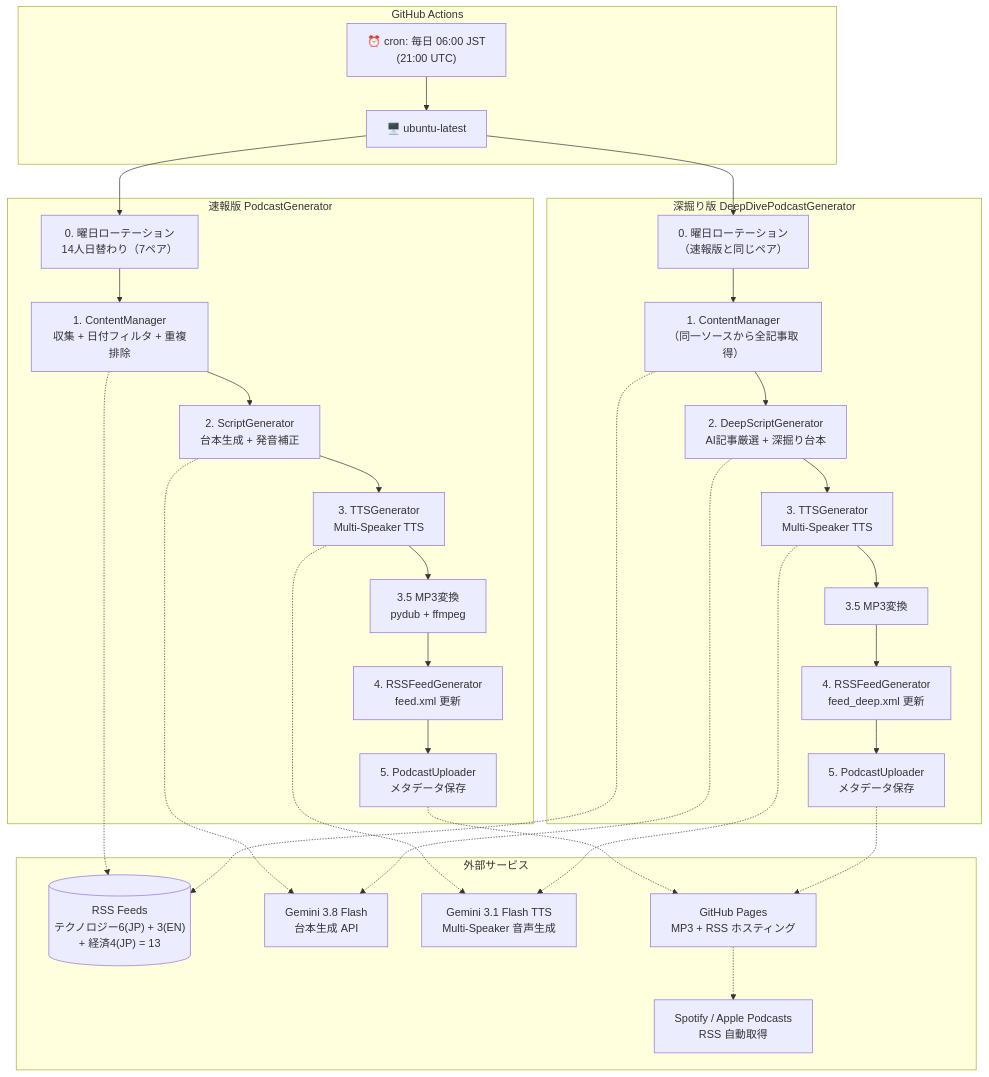
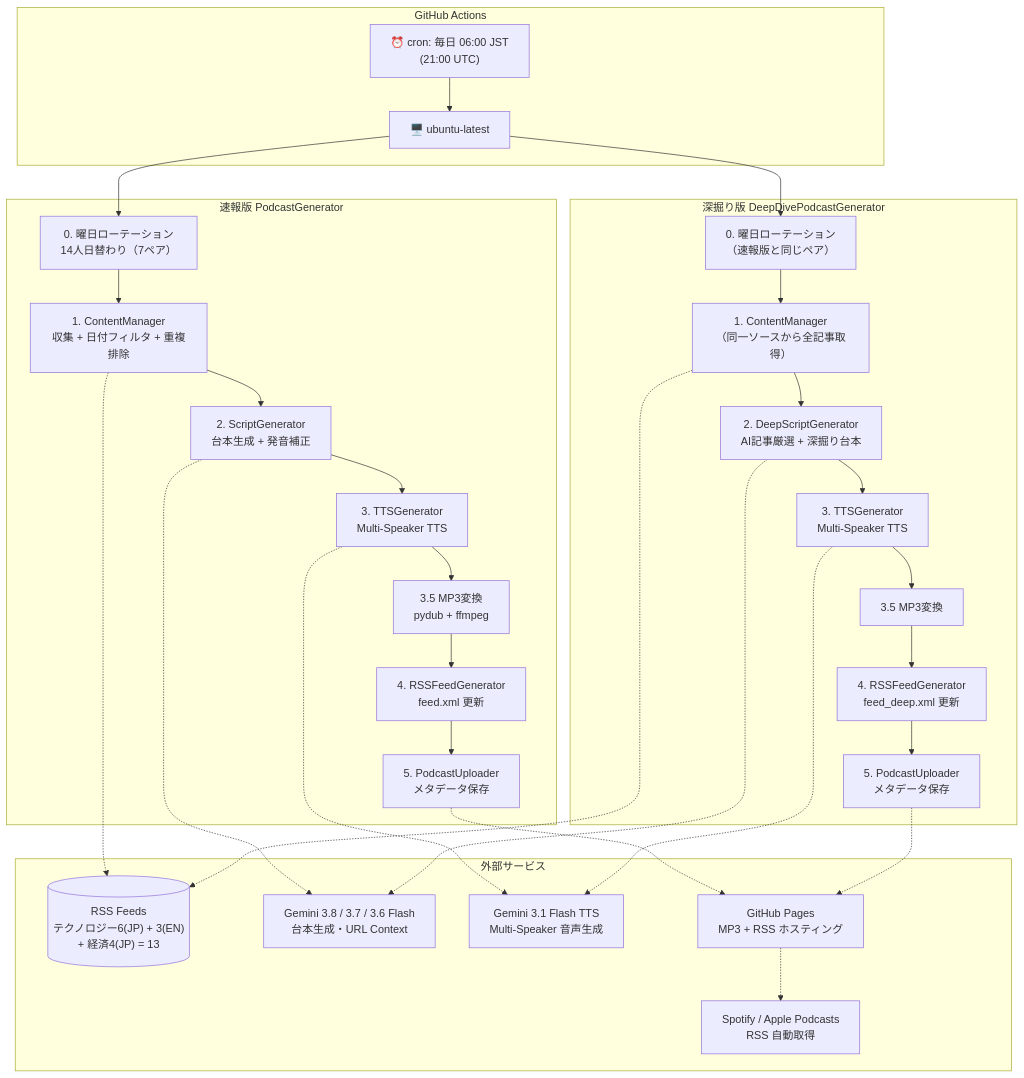
One commit to necoha/auto-podcast changed the first of 4 diagrams in docs/HLD.md. Above: the diagram before and after it, drawn with Mermaid. The commit also changed other lines of this file and 12 other files, not shown here.

First line of the commit message:
Fallback across stable Gemini Flash models

````diff
--- a/docs/HLD.md
+++ b/docs/HLD.md
@@ -10,52 +10,52 @@
 ```mermaid
 flowchart TD
     subgraph CI["GitHub Actions"]
         Cron["⏰ cron: 毎日 06:00 JST<br/>(21:00 UTC)"]
         Runner["🖥️ ubuntu-latest"]
     end
 
     subgraph Speed["速報版 PodcastGenerator"]
         ROT["0. 曜日ローテーション<br/>14人日替わり（7ペア）"]
         CM["1. ContentManager<br/>収集 + 日付フィルタ + 重複排除"]
         SG["2. ScriptGenerator<br/>台本生成 + 発音補正"]
         TTS["3. TTSGenerator<br/>Multi-Speaker TTS"]
         MP3["3.5 MP3変換<br/>pydub + ffmpeg"]
         RGEN["4. RSSFeedGenerator<br/>feed.xml 更新"]
         UP["5. PodcastUploader<br/>メタデータ保存"]
     end
 
     subgraph Deep["深掘り版 DeepDivePodcastGenerator"]
         ROT2["0. 曜日ローテーション<br/>（速報版と同じペア）"]
         CM2["1. ContentManager<br/>（同一ソースから全記事取得）"]
         DSG["2. DeepScriptGenerator<br/>AI記事厳選 + 深掘り台本"]
         TTS2["3. TTSGenerator<br/>Multi-Speaker TTS"]
         MP3_2["3.5 MP3変換"]
         RGEN2["4. RSSFeedGenerator<br/>feed_deep.xml 更新"]
         UP2["5. PodcastUploader<br/>メタデータ保存"]
     end
 
     subgraph External["外部サービス"]
         RSS[("RSS Feeds<br/>テクノロジー6(JP) + 3(EN)<br/>+ 経済4(JP) = 13")]
-        GeminiLLM["Gemini 3.8 Flash<br/>台本生成 API"]
+        GeminiLLM["Gemini 3.8 / 3.7 / 3.6 Flash<br/>台本生成・URL Context"]
         GeminiTTS["Gemini 3.1 Flash TTS<br/>Multi-Speaker 音声生成"]
         GHP["GitHub Pages<br/>MP3 + RSS ホスティング"]
         Spotify["Spotify / Apple Podcasts<br/>RSS 自動取得"]
     end
 
     Cron --> Runner
     Runner --> ROT --> CM
     CM --> SG --> TTS --> MP3 --> RGEN --> UP
 
     Runner --> ROT2 --> CM2
     CM2 --> DSG --> TTS2 --> MP3_2 --> RGEN2 --> UP2
 
     CM -.-> RSS
     CM2 -.-> RSS
     SG -.-> GeminiLLM
     DSG -.-> GeminiLLM
     TTS -.-> GeminiTTS
     TTS2 -.-> GeminiTTS
     UP -.-> GHP
     UP2 -.-> GHP
     GHP -.-> Spotify
 ```
````
